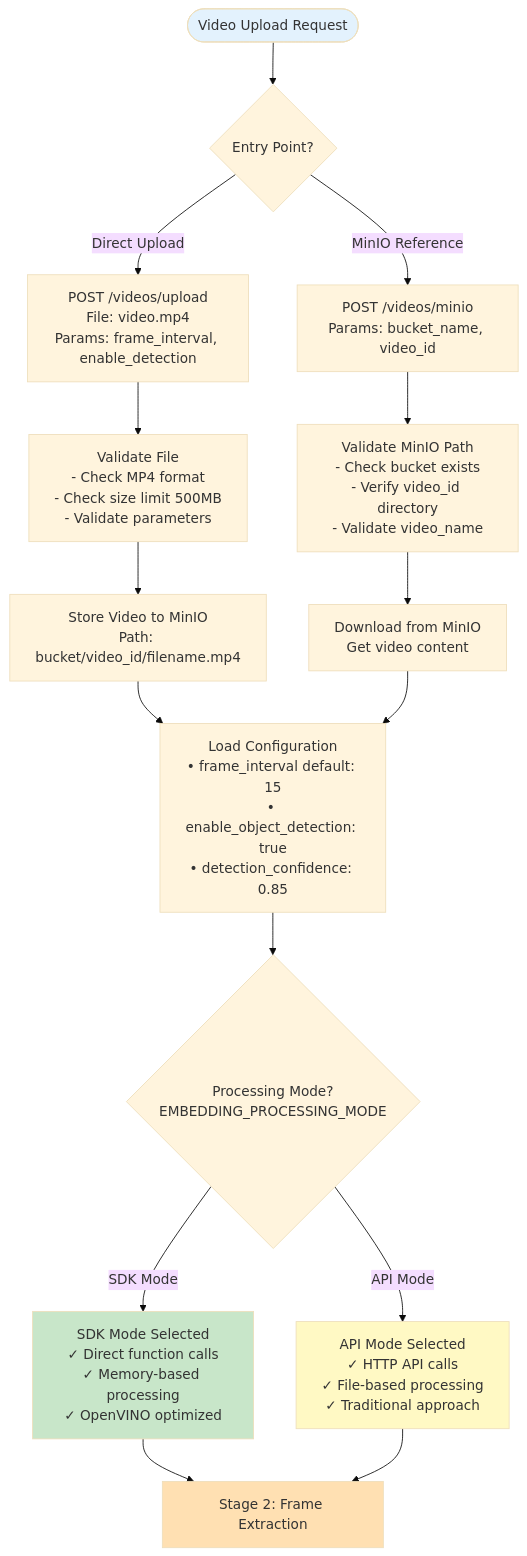
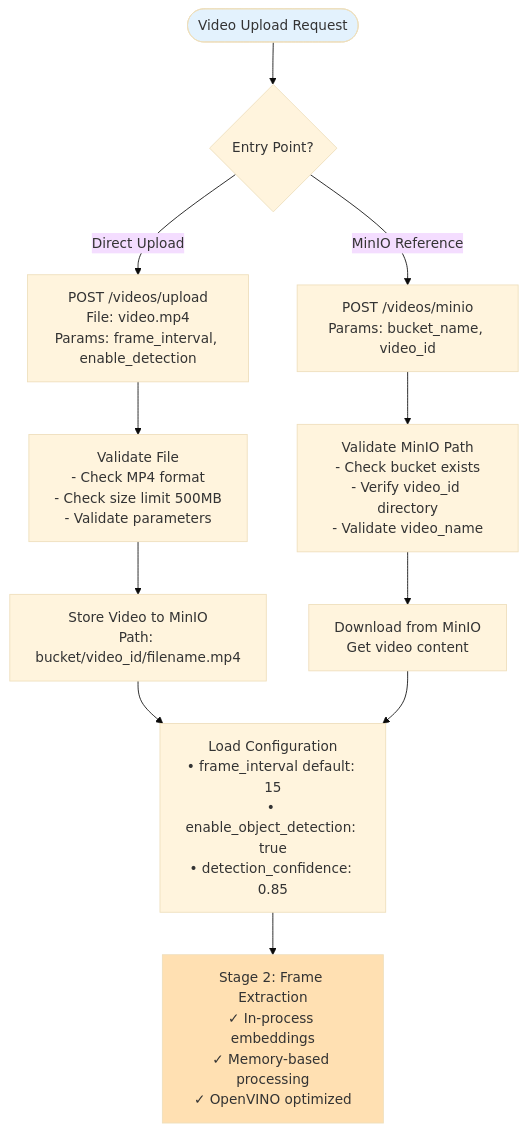
The second of 9 diagrams in microservices/visual-data-preparation-for-retrieval/multimodal-dataprep/docs/user-guide/video-ingestion-flow.md (open-edge-platform/edge-ai-libraries), drawn with Mermaid (base theme) before and after one commit. The commit also changed other lines of this file and 36 other files, not shown here.

````diff
--- a/microservices/visual-data-preparation-for-retrieval/multimodal-dataprep/docs/user-guide/video-ingestion-flow.md
+++ b/microservices/visual-data-preparation-for-retrieval/multimodal-dataprep/docs/user-guide/video-ingestion-flow.md
@@ -59,31 +53,21 @@
 ```mermaid
 flowchart TD
     START([Video Upload Request]) --> ENTRY{Entry Point?}
-    
+
     ENTRY -->|Direct Upload| UPLOAD[POST /videos/upload<br/>File: video.mp4<br/>Params: frame_interval, enable_detection]
     ENTRY -->|MinIO Reference| MINIO[POST /videos/minio<br/>Params: bucket_name, video_id]
-    
+
     UPLOAD --> VALIDATE1[Validate File<br/>- Check MP4 format<br/>- Check size limit 500MB<br/>- Validate parameters]
     MINIO --> VALIDATE2[Validate MinIO Path<br/>- Check bucket exists<br/>- Verify video_id directory<br/>- Validate video_name]
-    
+
     VALIDATE1 --> STORE[Store Video to MinIO<br/>Path: bucket/video_id/filename.mp4]
     VALIDATE2 --> DOWNLOAD[Download from MinIO<br/>Get video content]
-    
+
     STORE --> CONFIG[Load Configuration<br/>• frame_interval default: 15<br/>• enable_object_detection: true<br/>• detection_confidence: 0.85]
     DOWNLOAD --> CONFIG
-    
-    CONFIG --> MODE_SELECT{Processing Mode?<br/>EMBEDDING_PROCESSING_MODE}
-    
-    MODE_SELECT -->|SDK Mode| SDK[SDK Mode Selected<br/>✓ Direct function calls<br/>✓ Memory-based processing<br/>✓ OpenVINO optimized]
-    MODE_SELECT -->|API Mode| API[API Mode Selected<br/>✓ HTTP API calls<br/>✓ File-based processing<br/>✓ Traditional approach]
-    
-    SDK --> FRAME_EXTRACT
-    API --> FRAME_EXTRACT
-    
-    FRAME_EXTRACT[Stage 2: Frame Extraction]
-    
+
+    CONFIG --> FRAME_EXTRACT[Stage 2: Frame Extraction<br/>✓ In-process embeddings<br/>✓ Memory-based processing<br/>✓ OpenVINO optimized]
+
     style START fill:#e3f2fd
-    style SDK fill:#c8e6c9
-    style API fill:#fff9c4
     style FRAME_EXTRACT fill:#ffe0b2
 ```
````
